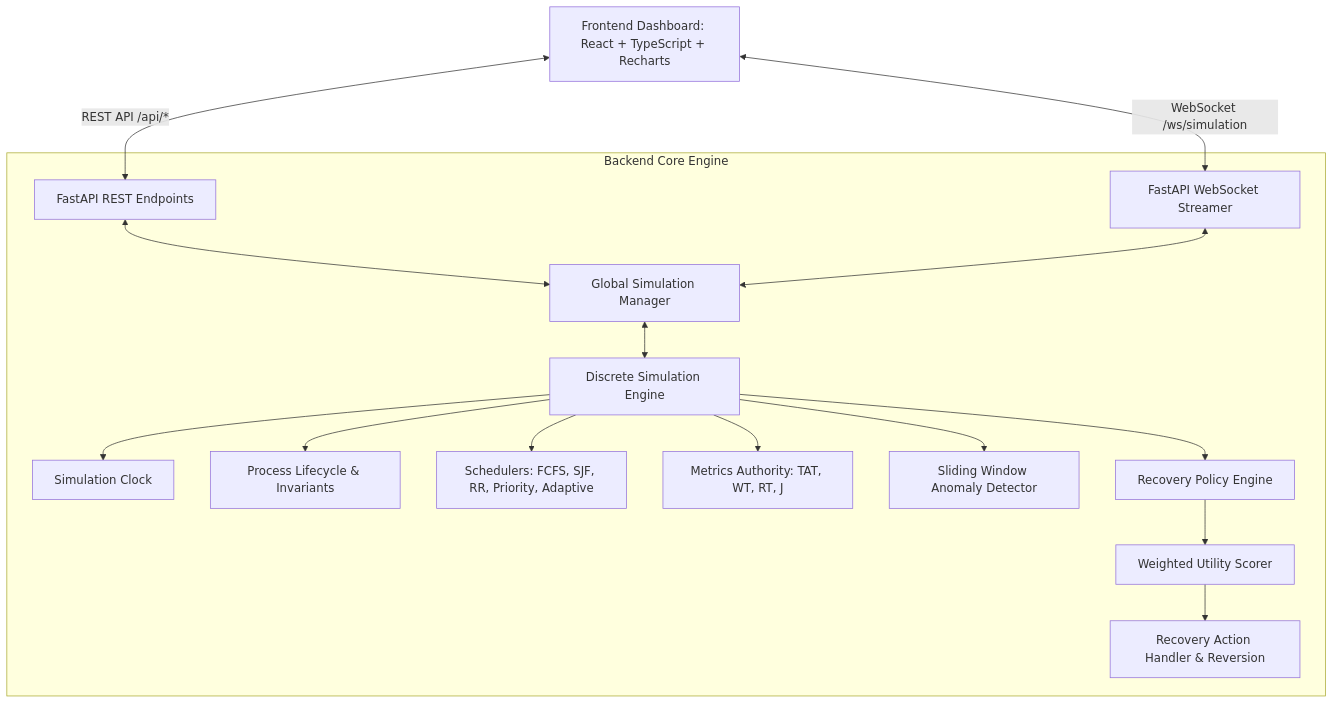
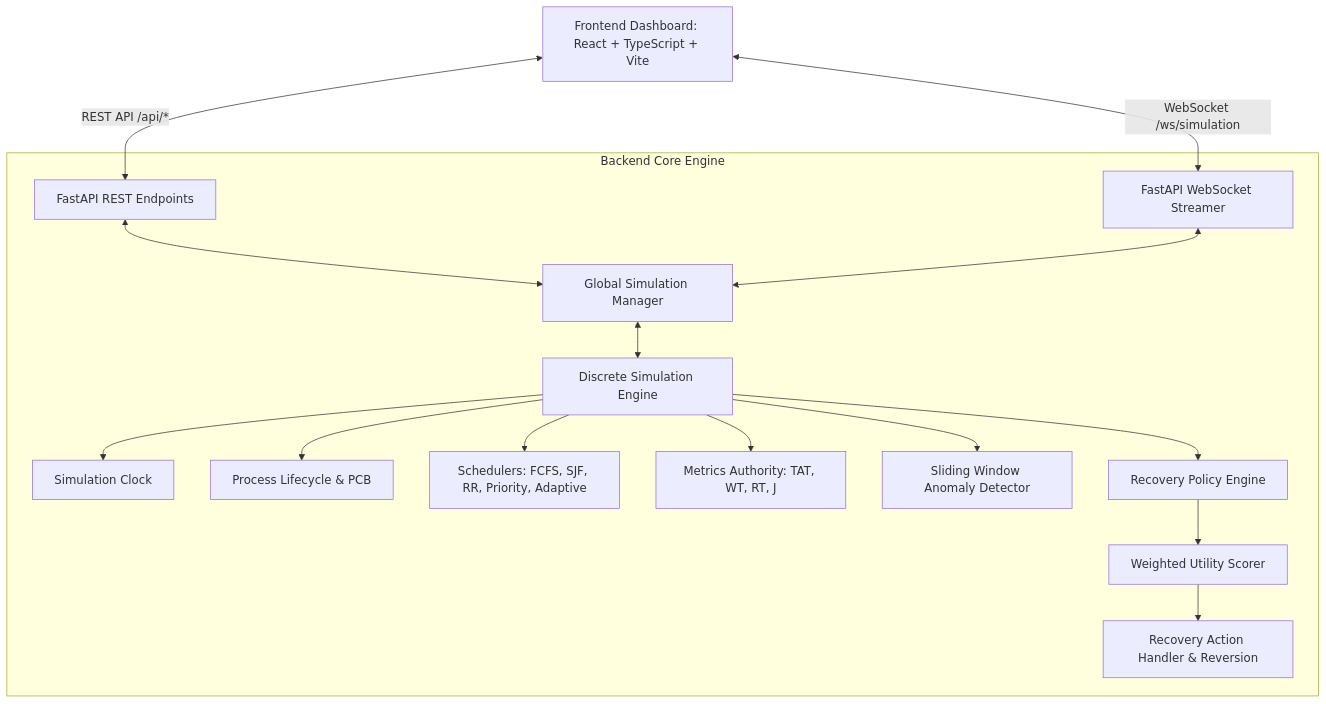
Before and after one commit to joshuadjd79-cmd/os-guardian: the diagram in README.md, drawn with Mermaid. The commit also changed other lines of this file and 32 other files, not shown here.

````diff
--- a/README.md
+++ b/README.md
@@ -46,20 +59,20 @@
 ```mermaid
 graph TD
-    UI[Frontend Dashboard: React + TypeScript + Recharts] <--> |WebSocket /ws/simulation| WS[FastAPI WebSocket Streamer]
+    UI[Frontend Dashboard: React + TypeScript + Vite] <--> |WebSocket /ws/simulation| WS[FastAPI WebSocket Streamer]
     UI <--> |REST API /api/*| API[FastAPI REST Endpoints]
     
     subgraph Backend Core Engine
         API <--> SM[Global Simulation Manager]
         WS <--> SM
         SM <--> SE[Discrete Simulation Engine]
         
         SE --> CLK[Simulation Clock]
-        SE --> PROC[Process Lifecycle & Invariants]
+        SE --> PROC[Process Lifecycle & PCB]
         SE --> SCHED[Schedulers: FCFS, SJF, RR, Priority, Adaptive]
         SE --> MON[Metrics Authority: TAT, WT, RT, J]
         SE --> DET[Sliding Window Anomaly Detector]
         SE --> REC[Recovery Policy Engine]
         REC --> EVAL[Weighted Utility Scorer]
         EVAL --> ACT[Recovery Action Handler & Reversion]
     end
 ```
````
